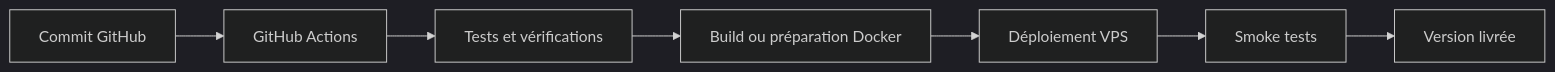
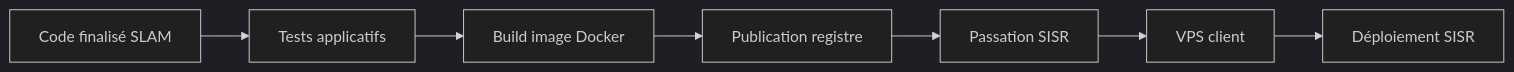
One commit to AstrowareConception/NiceVolleyBallDashboard changed the fifth of 5 diagrams in 00-projet/diagrammes.md. Above: the diagram before and after it, drawn with Mermaid (dark theme). The commit also changed other lines of this file and 47 other files, not shown here.

Commit message:
Reframe phase 2 for SLAM and add SISR deployment phase

````diff
--- a/00-projet/diagrammes.md
+++ b/00-projet/diagrammes.md
@@ -94,9 +66,9 @@
 ```mermaid
 flowchart LR
-    Dev[Commit GitHub] --> CI[GitHub Actions]
-    CI --> Tests[Tests et vérifications]
-    Tests --> Build[Build ou préparation Docker]
-    Build --> Deploy[Déploiement VPS]
-    Deploy --> Smoke[Smoke tests]
-    Smoke --> OK[Version livrée]
+    Code[Code finalisé SLAM] --> Tests[Tests applicatifs]
+    Tests --> Build[Build image Docker]
+    Build --> Registry[Publication registre]
+    Registry --> Doc[Passation SISR]
+    Doc --> VPS[VPS client]
+    VPS --> Deploy[Déploiement SISR]
 ```
````
